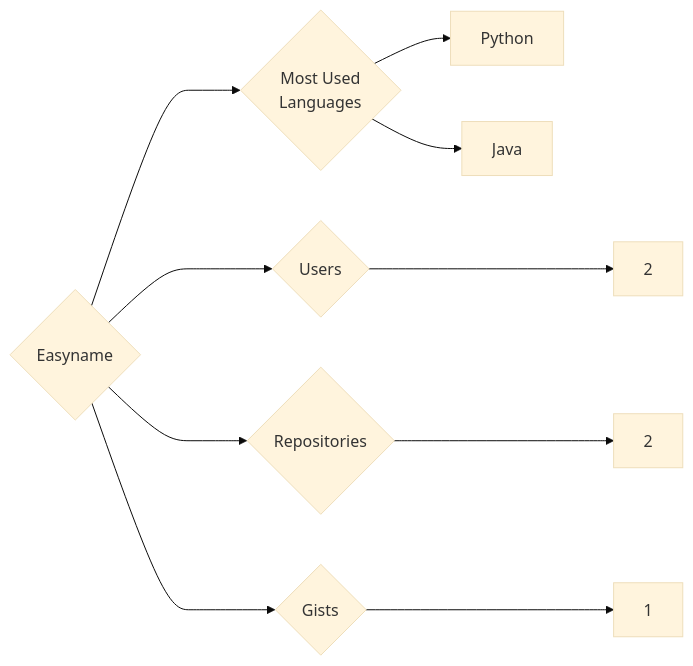
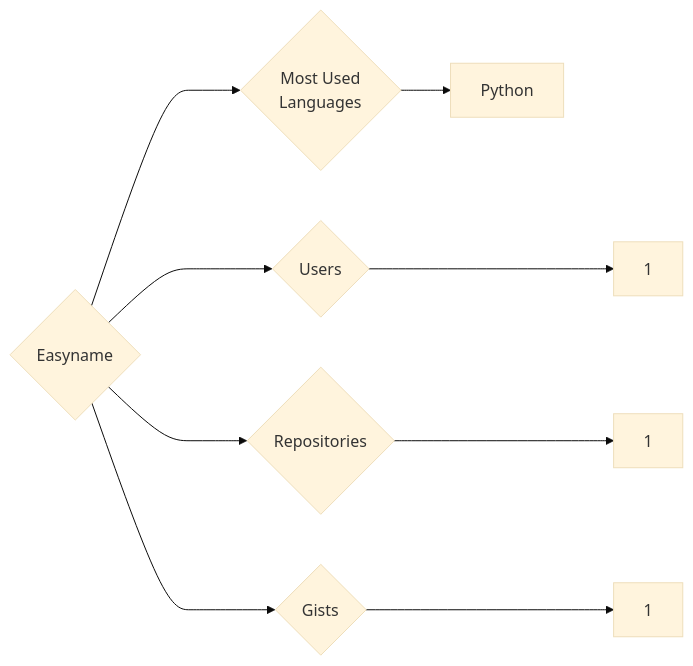
The diagram in targets/Easyname/README.md (trickest/insiders), drawn with Mermaid (base theme) before and after one commit. The commit also changed 997 other files, not shown here.

````diff
--- a/targets/Easyname/README.md
+++ b/targets/Easyname/README.md
@@ -3,10 +3,9 @@
 ```mermaid
 graph LR
 COMPANY_NAME{Easyname}
-COMPANY_NAME ---> U{Users} ---> UN[2]
-COMPANY_NAME ---> R{Repositories} ---> RN[2]
+COMPANY_NAME ---> U{Users} ---> UN[1]
+COMPANY_NAME ---> R{Repositories} ---> RN[1]
 COMPANY_NAME ---> G{Gists} ---> GN[1]
 COMPANY_NAME ---> ML{Most Used<br>Languages}
 ML --> Python[Python]
-ML --> Java[Java]
 ```
````
